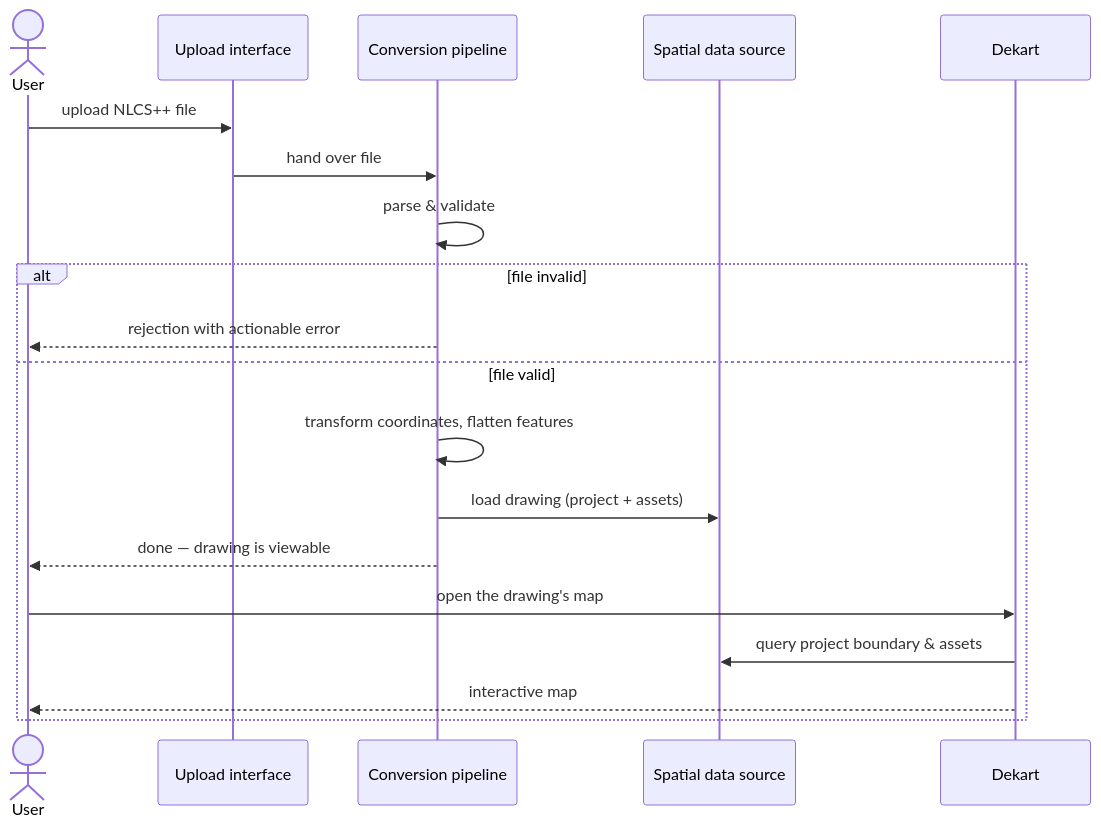
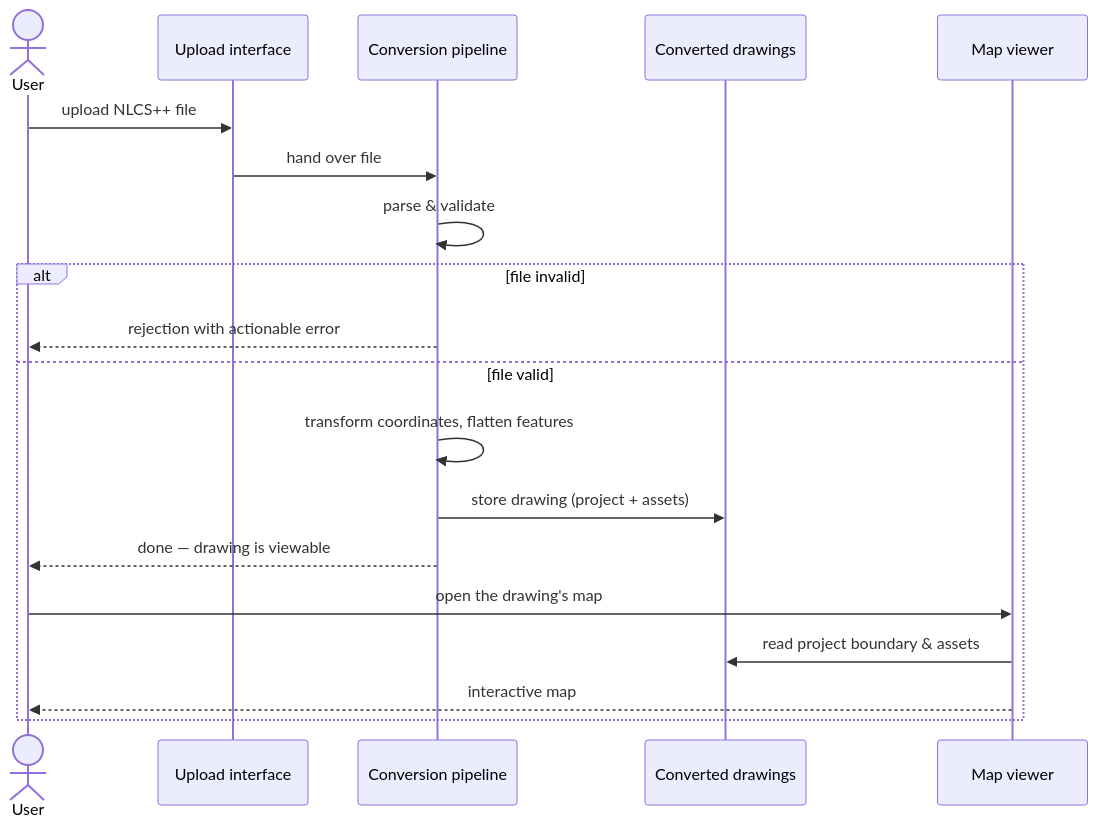
One commit to Peterie/NLCSWebViewer changed the second of 3 diagrams in docs/spec/03-system-architecture.md. Above: the diagram before and after it, drawn with Mermaid. The commit also changed other lines of this file and 8 other files, not shown here.

````diff
--- a/docs/spec/03-system-architecture.md
+++ b/docs/spec/03-system-architecture.md
@@ -92,22 +93,22 @@
 ```mermaid
 sequenceDiagram
     actor U as User
     participant UP as Upload interface
     participant CP as Conversion pipeline
-    participant DS as Spatial data source
-    participant DK as Dekart
+    participant DS as Converted drawings
+    participant VW as Map viewer
 
     U->>UP: upload NLCS++ file
     UP->>CP: hand over file
     CP->>CP: parse & validate
     alt file invalid
         CP-->>U: rejection with actionable error
     else file valid
         CP->>CP: transform coordinates, flatten features
-        CP->>DS: load drawing (project + assets)
+        CP->>DS: store drawing (project + assets)
         CP-->>U: done — drawing is viewable
-        U->>DK: open the drawing's map
-        DK->>DS: query project boundary & assets
-        DK-->>U: interactive map
+        U->>VW: open the drawing's map
+        VW->>DS: read project boundary & assets
+        VW-->>U: interactive map
     end
 ```
````
